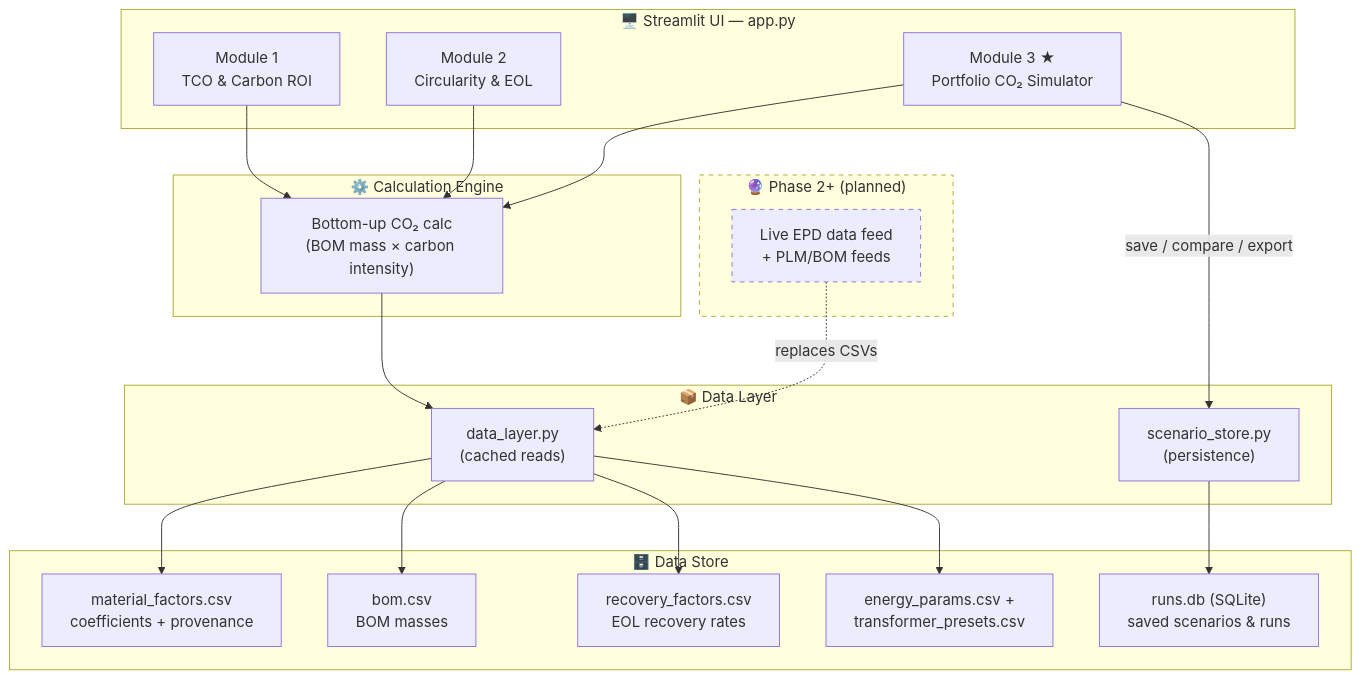
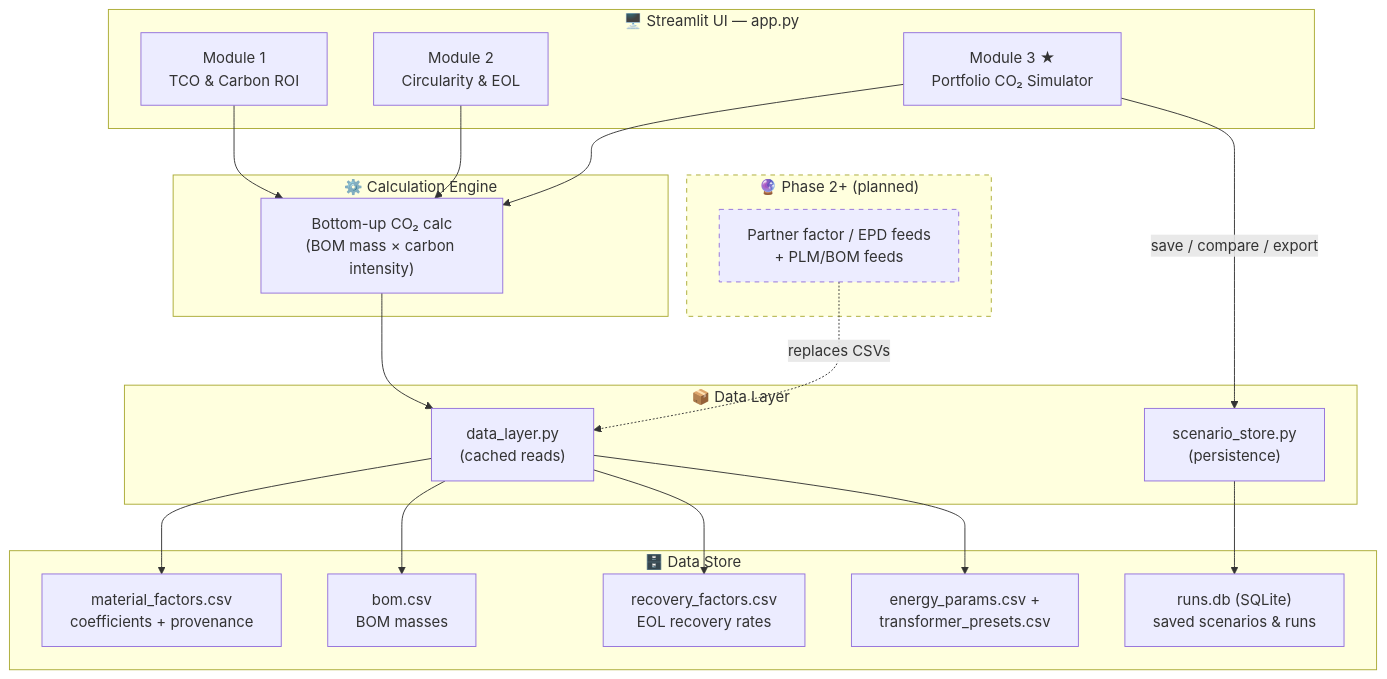
The first of 2 diagrams in README.md (lugasraka/CO2-calculator-prototype-transformer), drawn with Mermaid before and after one commit. The commit also changed other lines of this file and 9 other files, not shown here.

````diff
--- a/README.md
+++ b/README.md
@@ -31,44 +42,44 @@
 ```mermaid
 flowchart TD
     subgraph UI["🖥️ Streamlit UI — app.py"]
         M1["Module 1<br/>TCO & Carbon ROI"]
         M2["Module 2<br/>Circularity & EOL"]
         M3["Module 3 ★<br/>Portfolio CO₂ Simulator"]
     end
 
     subgraph LOGIC["⚙️ Calculation Engine"]
         CALC["Bottom-up CO₂ calc<br/>(BOM mass × carbon intensity)"]
     end
 
     subgraph DATA["📦 Data Layer"]
         DL["data_layer.py<br/>(cached reads)"]
         SS["scenario_store.py<br/>(persistence)"]
     end
 
     subgraph STORE["🗄️ Data Store"]
         MF["material_factors.csv<br/>coefficients + provenance"]
         BOM["bom.csv<br/>BOM masses"]
         RF["recovery_factors.csv<br/>EOL recovery rates"]
         EP["energy_params.csv +<br/>transformer_presets.csv"]
         DB["runs.db (SQLite)<br/>saved scenarios & runs"]
     end
 
     subgraph FUTURE["🔮 Phase 2+ (planned)"]
-        FEED["Live EPD data feed<br/>+ PLM/BOM feeds"]
+        FEED["Partner factor / EPD feeds<br/>+ PLM/BOM feeds"]
     end
 
     M1 --> CALC
     M2 --> CALC
     M3 --> CALC
     CALC --> DL
     M3 -->|save / compare / export| SS
     DL --> MF
     DL --> BOM
     DL --> RF
     DL --> EP
     SS --> DB
     FEED -.replaces CSVs.-> DL
 
     classDef future stroke-dasharray: 5 5;
     class FUTURE,FEED future;
 ```
````
